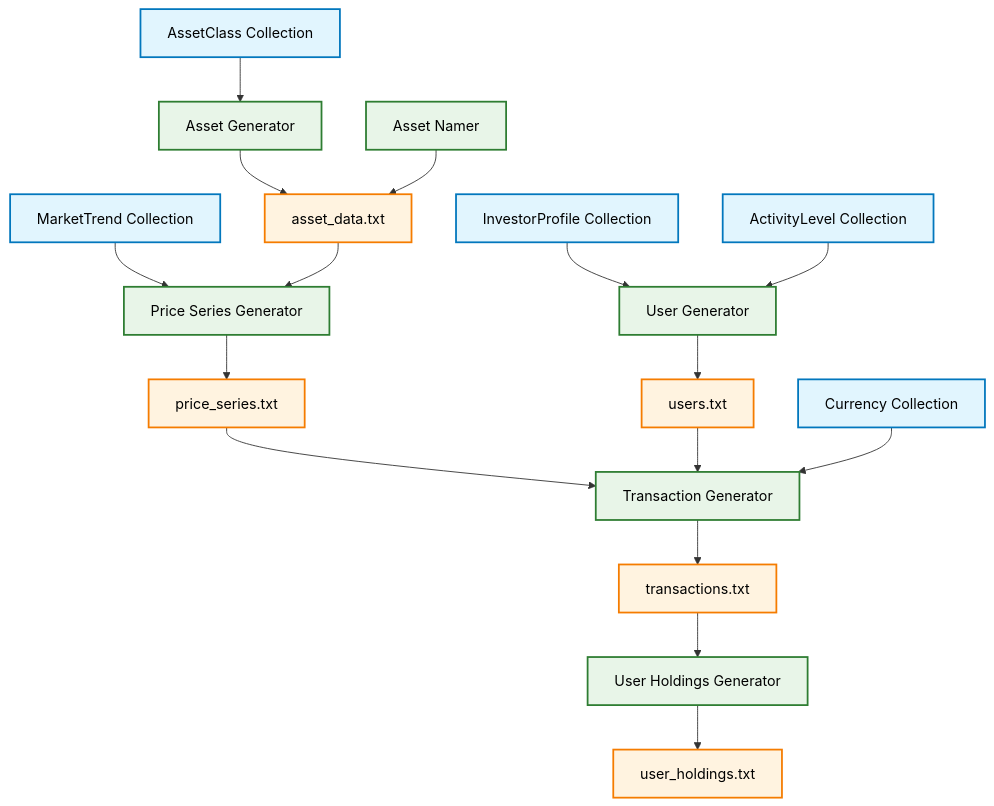
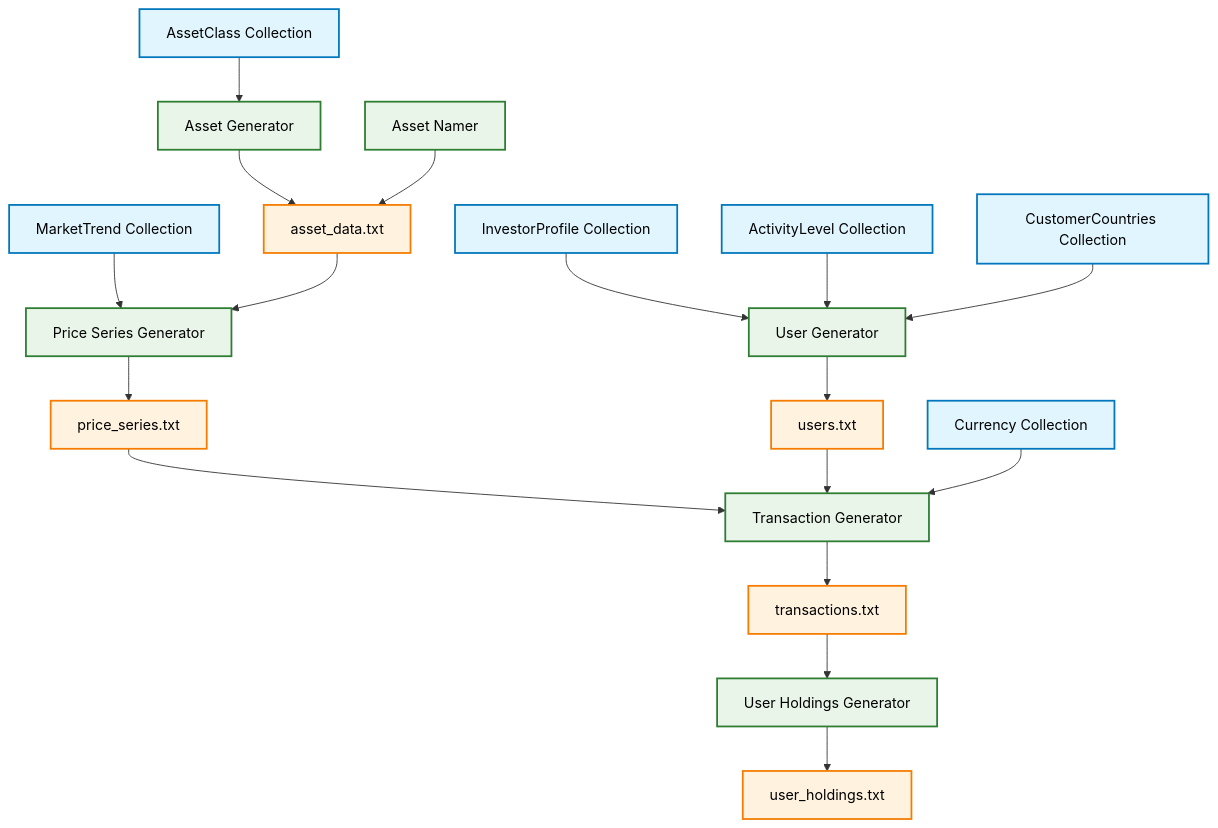
Before and after one commit to Schinzel/wise-crowd-data-generator: the diagram in doc/project_description/design.md, drawn with Mermaid. The commit also changed other lines of this file, not shown here.

Commit message:
Added customer countries

````diff
--- a/doc/project_description/design.md
+++ b/doc/project_description/design.md
@@ -5,46 +5,48 @@
 ```mermaid
 flowchart TD
     %% Data Collections
     MT[MarketTrend Collection]:::collection
     AC[AssetClass Collection]:::collection
     C[Currency Collection]:::collection
     IP[InvestorProfile Collection]:::collection
     AL[ActivityLevel Collection]:::collection
+    CC[CustomerCountries Collection]:::collection
     
     %% Generators
     AG[Asset Generator]:::generator
     AN[Asset Namer]:::generator
     PSG[Price Series Generator]:::generator
     UG[User Generator]:::generator
     TG[Transaction Generator]:::generator
     UHG[User Holdings Generator]:::generator
     
     %% Output files
     AD[asset_data.txt]:::outputFile
     PS[price_series.txt]:::outputFile
     U[users.txt]:::outputFile
     T[transactions.txt]:::outputFile
     UH[user_holdings.txt]:::outputFile
     
     %% Relationships
     AC --> AG
     MT --> PSG
     AG --> AD
     AN --> AD
     AD --> PSG
     PSG --> PS
     IP --> UG
     AL --> UG
+    CC --> UG
     UG --> U
     PS --> TG
     U --> TG
     C --> TG
     TG --> T
     T --> UHG
     UHG --> UH
     
     %% Styling
     classDef collection fill:#e1f5fe,stroke:#0277bd,stroke-width:2px,color:#000
     classDef generator fill:#e8f5e8,stroke:#2e7d32,stroke-width:2px,color:#000
     classDef outputFile fill:#fff3e0,stroke:#f57c00,stroke-width:2px,color:#000
 ```
````
